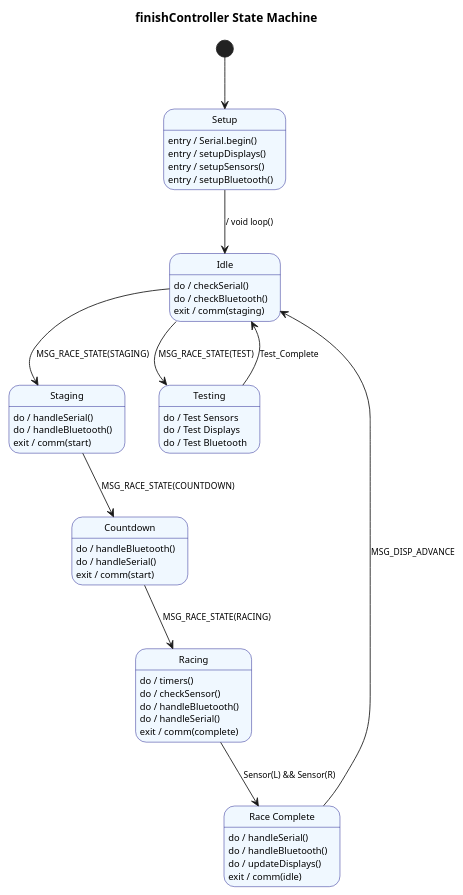
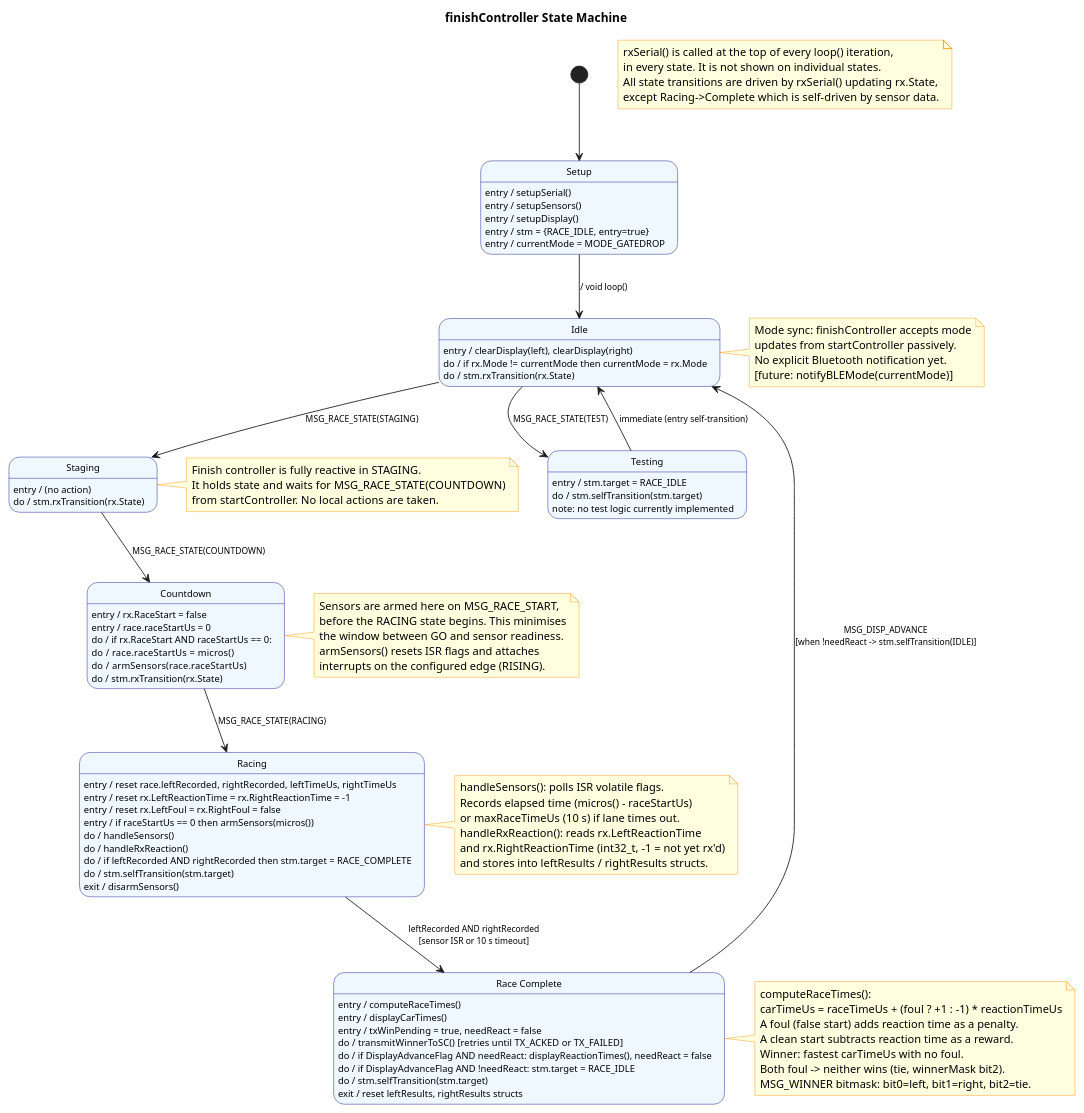
Before and after one commit to dgschaaf/DerbyTimer: the diagram in docs/PlantUML/stm_finishController.puml, drawn with PlantUML. The commit also changed 11 other files, not shown here.

Commit message:
Updated plantUML diagrams and added drawio for architecture description that is text-based and claude-editable.

```diff
--- a/docs/PlantUML/stm_finishController.puml
+++ b/docs/PlantUML/stm_finishController.puml
@@ -1,100 +1,158 @@
 @startuml finishController_STM
 skinparam state {
   BackgroundColor AliceBlue
   BorderColor Navy
   FontSize 11
   ArrowFontSize 10
 }
 skinparam noteBackgroundColor LightYellow
 skinparam noteBorderColor DarkOrange
 
 title finishController State Machine
 
+note as N_RX
+  rxSerial() is called at the top of every loop() iteration,
+  in every state. It is not shown on individual states.
+  All state transitions are driven by rxSerial() updating rx.State,
+  except Racing->Complete which is self-driven by sensor data.
+end note
+
 [*] --> Setup
 
 ' ============================================================
 ' SETUP
 ' ============================================================
 state "Setup" as Setup {
-  Setup : entry / Serial.begin()
-  Setup : entry / setupDisplays()
+  Setup : entry / setupSerial()
   Setup : entry / setupSensors()
-  Setup : entry / setupBluetooth()
+  Setup : entry / setupDisplay()
+  Setup : entry / stm = {RACE_IDLE, entry=true}
+  Setup : entry / currentMode = MODE_GATEDROP
 }
 
 Setup --> Idle : / void loop()
 
 ' ============================================================
 ' IDLE
 ' ============================================================
 state "Idle" as Idle {
-  Idle : do / checkSerial()
-  Idle : do / checkBluetooth()
-  Idle : exit / comm(staging)
+  Idle : entry / clearDisplay(left), clearDisplay(right)
+  Idle : do / if rx.Mode != currentMode then currentMode = rx.Mode
+  Idle : do / stm.rxTransition(rx.State)
 }
+
+note right of Idle
+  Mode sync: finishController accepts mode
+  updates from startController passively.
+  No explicit Bluetooth notification yet.
+  [future: notifyBLEMode(currentMode)]
+end note
 
 ' ============================================================
 ' STAGING
 ' ============================================================
 state "Staging" as Staging {
-  Staging : do / handleSerial()
-  Staging : do / handleBluetooth()
-  Staging : exit / comm(start)
+  Staging : entry / (no action)
+  Staging : do / stm.rxTransition(rx.State)
 }
+
+note right of Staging
+  Finish controller is fully reactive in STAGING.
+  It holds state and waits for MSG_RACE_STATE(COUNTDOWN)
+  from startController. No local actions are taken.
+end note
 
 ' ============================================================
 ' COUNTDOWN
 ' ============================================================
 state "Countdown" as Countdown {
-  Countdown : do / handleBluetooth()
-  Countdown : do / handleSerial()
-  Countdown : exit / comm(start)
+  Countdown : entry / rx.RaceStart = false
+  Countdown : entry / race.raceStartUs = 0
+  Countdown : do / if rx.RaceStart AND raceStartUs == 0:
+  Countdown : do /   race.raceStartUs = micros()
+  Countdown : do /   armSensors(race.raceStartUs)
+  Countdown : do / stm.rxTransition(rx.State)
 }
+
+note right of Countdown
+  Sensors are armed here on MSG_RACE_START,
+  before the RACING state begins. This minimises
+  the window between GO and sensor readiness.
+  armSensors() resets ISR flags and attaches
+  interrupts on the configured edge (RISING).
+end note
 
 ' ============================================================
 ' RACING
 ' ============================================================
 state "Racing" as Racing {
-  Racing : do / timers()
-  Racing : do / checkSensor()
-  Racing : do / handleBluetooth()
-  Racing : do / handleSerial()
-  Racing : exit / comm(complete)
+  Racing : entry / reset race.leftRecorded, rightRecorded, leftTimeUs, rightTimeUs
+  Racing : entry / reset rx.LeftReactionTime = rx.RightReactionTime = -1
+  Racing : entry / reset rx.LeftFoul = rx.RightFoul = false
+  Racing : entry / if raceStartUs == 0 then armSensors(micros())
+  Racing : do / handleSensors()
+  Racing : do / handleRxReaction()
+  Racing : do / if leftRecorded AND rightRecorded then stm.target = RACE_COMPLETE
+  Racing : do / stm.selfTransition(stm.target)
+  Racing : exit / disarmSensors()
 }
+
+note right of Racing
+  handleSensors(): polls ISR volatile flags.
+  Records elapsed time (micros() - raceStartUs)
+  or maxRaceTimeUs (10 s) if lane times out.
+  handleRxReaction(): reads rx.LeftReactionTime
+  and rx.RightReactionTime (int32_t, -1 = not yet rx'd)
+  and stores into leftResults / rightResults structs.
+end note
 
 ' ============================================================
 ' RACE COMPLETE
 ' ============================================================
 state "Race Complete" as RaceComplete {
-  RaceComplete : do / handleSerial()
-  RaceComplete : do / handleBluetooth()
-  RaceComplete : do / updateDisplays()
-  RaceComplete : exit / comm(idle)
+  RaceComplete : entry / computeRaceTimes()
+  RaceComplete : entry / displayCarTimes()
+  RaceComplete : entry / txWinPending = true, needReact = false
+  RaceComplete : do / transmitWinnerToSC()  [retries until TX_ACKED or TX_FAILED]
+  RaceComplete : do / if DisplayAdvanceFlag AND needReact: displayReactionTimes(), needReact = false
+  RaceComplete : do / if DisplayAdvanceFlag AND !needReact: stm.target = RACE_IDLE
+  RaceComplete : do / stm.selfTransition(stm.target)
+  RaceComplete : exit / reset leftResults, rightResults structs
 }
 
+note right of RaceComplete
+  computeRaceTimes():
+  carTimeUs = raceTimeUs + (foul ? +1 : -1) * reactionTimeUs
+  A foul (false start) adds reaction time as a penalty.
+  A clean start subtracts reaction time as a reward.
+  Winner: fastest carTimeUs with no foul.
+  Both foul -> neither wins (tie, winnerMask bit2).
+  MSG_WINNER bitmask: bit0=left, bit1=right, bit2=tie.
+end note
+
 ' ============================================================
-' TESTING
+' TESTING  (stub: immediately self-transitions to IDLE)
 ' ============================================================
 state "Testing" as Testing {
-  Testing : do / Test Sensors
-  Testing : do / Test Displays
-  Testing : do / Test Bluetooth
+  Testing : entry / stm.target = RACE_IDLE
+  Testing : do / stm.selfTransition(stm.target)
+  Testing : note: no test logic currently implemented
 }
 
 ' ============================================================
 ' TRANSITIONS
 ' ============================================================
-Idle         --> Staging      : MSG_RACE_STATE(STAGING)
-Idle         --> Testing      : MSG_RACE_STATE(TEST)
+Idle        --> Staging      : MSG_RACE_STATE(STAGING)
+Idle        --> Testing      : MSG_RACE_STATE(TEST)
 
-Staging      --> Countdown    : MSG_RACE_STATE(COUNTDOWN)
+Staging     --> Countdown    : MSG_RACE_STATE(COUNTDOWN)
 
-Countdown    --> Racing       : MSG_RACE_STATE(RACING)
+Countdown   --> Racing       : MSG_RACE_STATE(RACING)
 
-Racing       --> RaceComplete : Sensor(L) && Sensor(R)
+Racing      --> RaceComplete : leftRecorded AND rightRecorded\n[sensor ISR or 10 s timeout]
 
-RaceComplete --> Idle         : MSG_DISP_ADVANCE
+RaceComplete --> Idle        : MSG_DISP_ADVANCE\n[when !needReact -> stm.selfTransition(IDLE)]
 
-Testing      --> Idle         : Test_Complete
+Testing     --> Idle         : immediate (entry self-transition)
 
 @enduml
```
